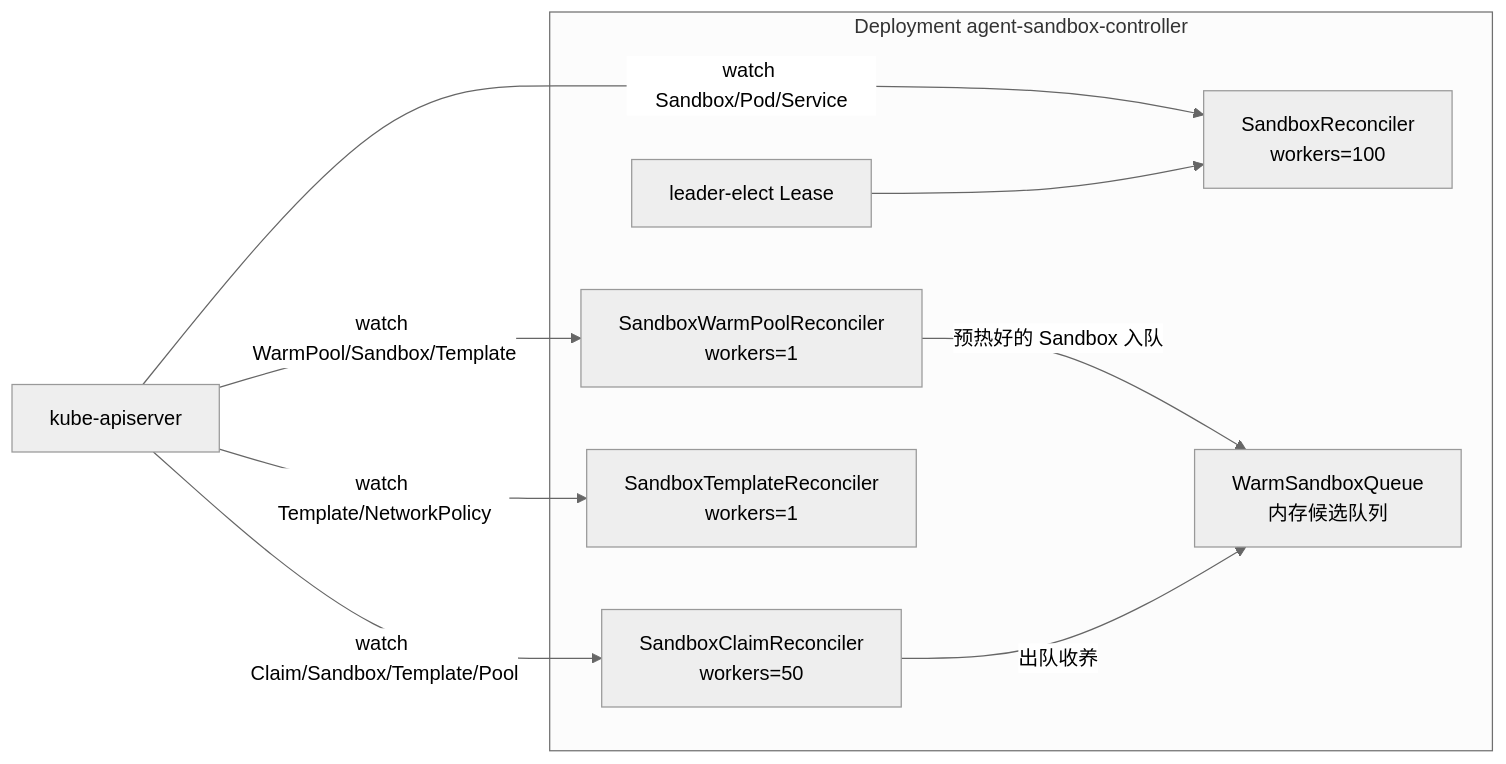
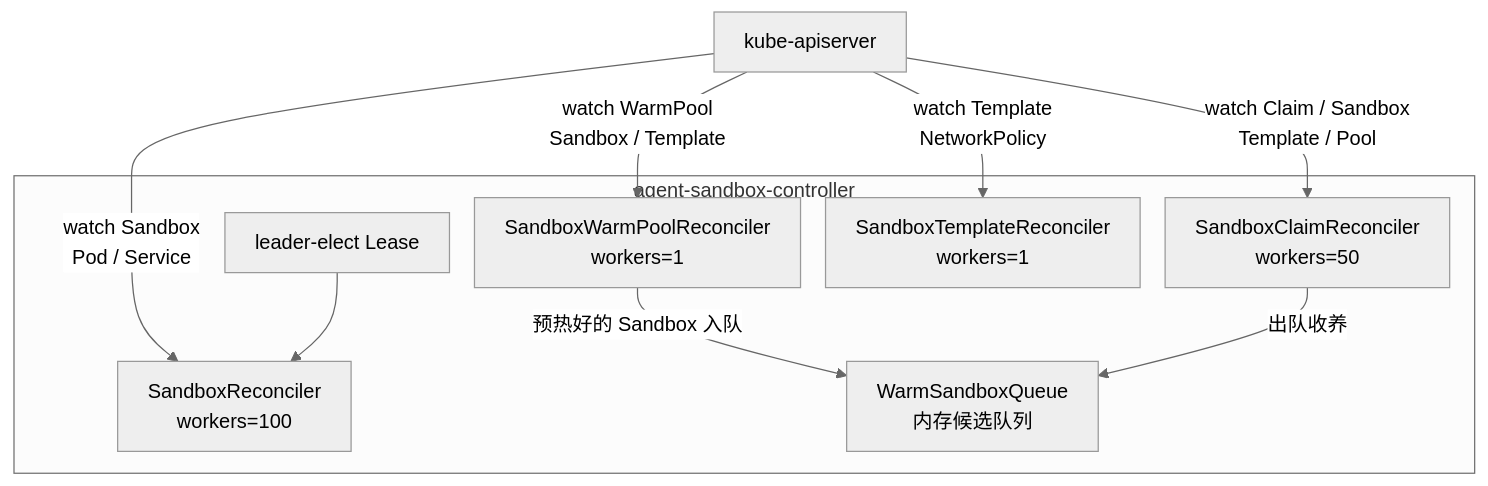
One commit to forrestIsRunning/kind-k8s-learning changed the third of 11 diagrams in docs/agent-sandbox-operator.md. Above: the diagram before and after it, drawn with Mermaid (neutral theme). The commit also changed other lines of this file and 2 other files, not shown here.

Commit message:
Stop mermaid diagrams from clipping labels and bottoms.

````diff
--- a/docs/agent-sandbox-operator.md
+++ b/docs/agent-sandbox-operator.md
@@ -100,21 +120,31 @@
 ```mermaid
-flowchart LR
+---
+config:
+  flowchart:
+    htmlLabels: true
+    wrappingWidth: 200
+    padding: 12
+    useMaxWidth: false
+    rankSpacing: 35
+    nodeSpacing: 20
+---
+flowchart TB
   API["kube-apiserver"]
 
-  subgraph mgr["Deployment agent-sandbox-controller"]
+  subgraph mgr["agent-sandbox-controller"]
     LE["leader-elect Lease"]
     R1["SandboxReconciler<br/>workers=100"]
     R2["SandboxClaimReconciler<br/>workers=50"]
     R3["SandboxWarmPoolReconciler<br/>workers=1"]
     R4["SandboxTemplateReconciler<br/>workers=1"]
     Q["WarmSandboxQueue<br/>内存候选队列"]
   end
 
-  API -->|"watch Sandbox/Pod/Service"| R1
-  API -->|"watch Claim/Sandbox/Template/Pool"| R2
-  API -->|"watch WarmPool/Sandbox/Template"| R3
-  API -->|"watch Template/NetworkPolicy"| R4
+  API -->|"watch Sandbox<br/>Pod / Service"| R1
+  API -->|"watch Claim / Sandbox<br/>Template / Pool"| R2
+  API -->|"watch WarmPool<br/>Sandbox / Template"| R3
+  API -->|"watch Template<br/>NetworkPolicy"| R4
   R3 -->|"预热好的 Sandbox 入队"| Q
   R2 -->|"出队收养"| Q
   LE --> R1
 ```
````
